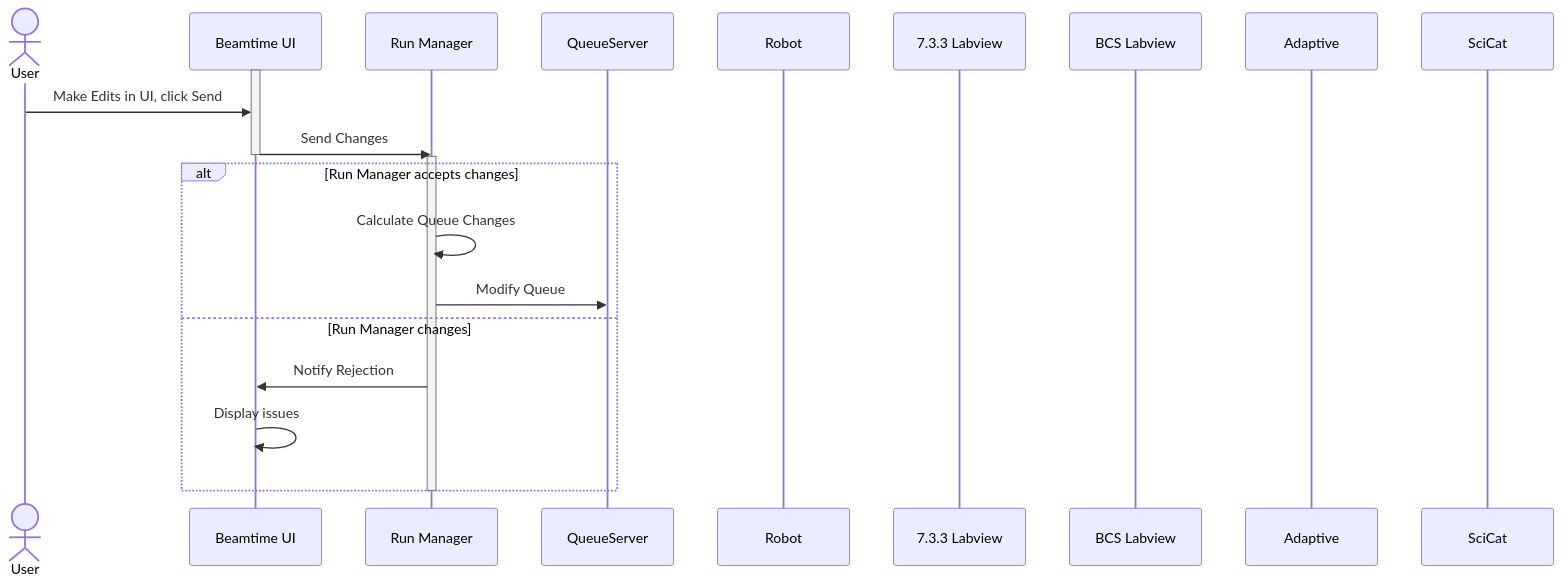
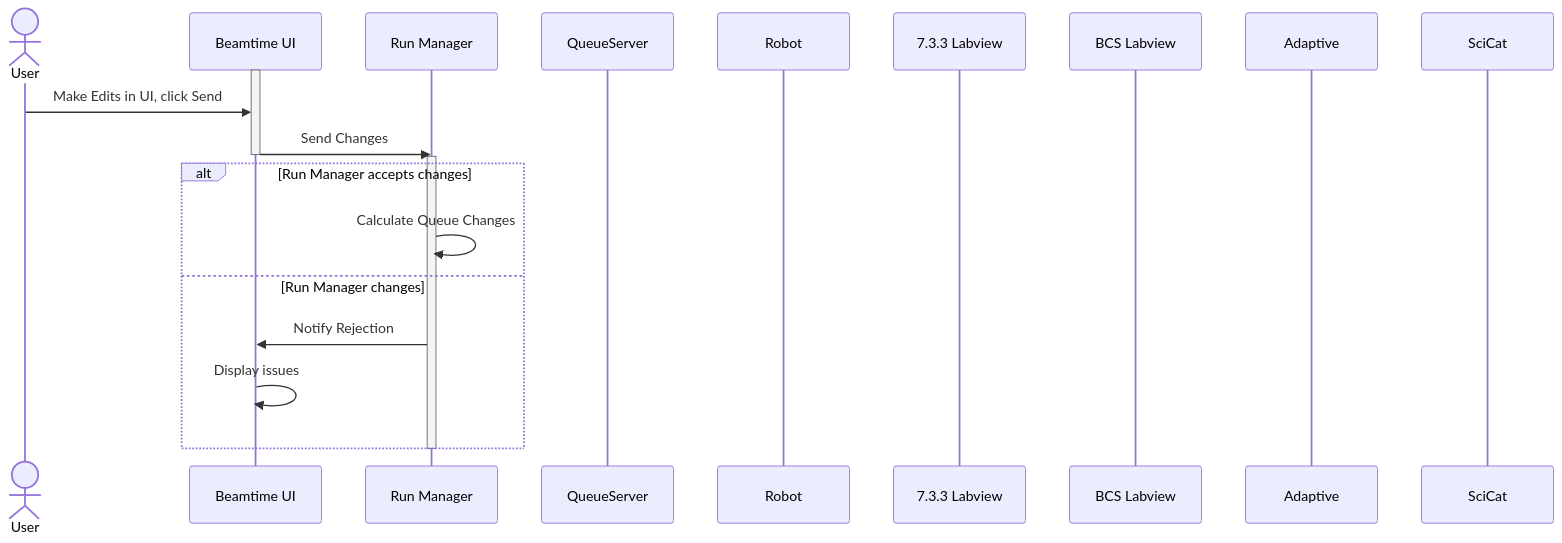
One commit to als-computing/radius_robotics_software_documentation changed the diagram in docs/sequence_diagrams/edit_scans.md. Above: the diagram before and after it, drawn with Mermaid. The commit also changed other lines of this file and 1 other file, not shown here.

````diff
--- a/docs/sequence_diagrams/edit_scans.md
+++ b/docs/sequence_diagrams/edit_scans.md
@@ -6,36 +6,36 @@
 ``` mermaid
 
 sequenceDiagram
 
 
 
     actor User
     participant beamtime_ui as Beamtime UI
     participant run_manager as Run Manager
     participant qs as QueueServer
     participant robot as Robot
     participant ericware as 7.3.3 Labview
     participant bcs as BCS Labview
     participant adaptive as Adaptive
     participant scicat as SciCat
 
     activate beamtime_ui
         User ->> beamtime_ui: Make Edits in UI, click Send
         beamtime_ui ->> run_manager: Send Changes
     deactivate beamtime_ui
    
     activate run_manager
 
             alt Run Manager accepts changes
                 run_manager ->> run_manager: Calculate Queue Changes
-                 run_manager ->> qs: Modify Queue
+              
             else Run Manager changes
                 run_manager ->> beamtime_ui: Notify Rejection
                 beamtime_ui ->> beamtime_ui: Display issues
             end
 
        
     deactivate run_manager
 
 
 ```
````
